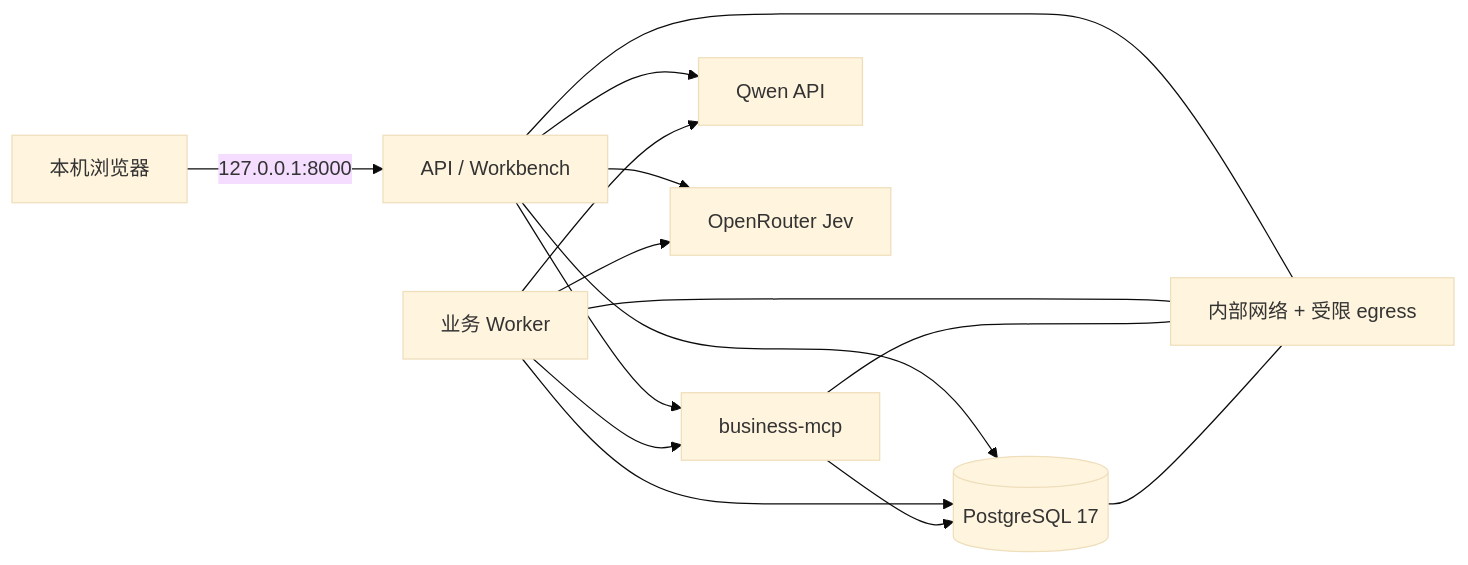
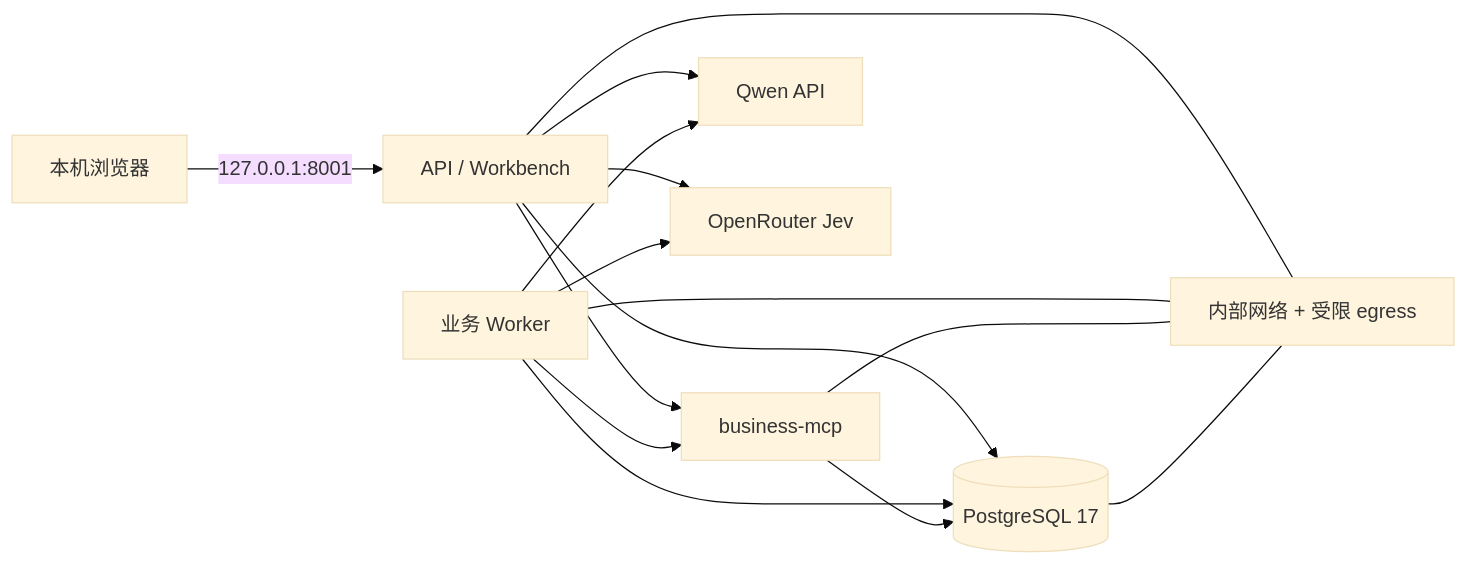
One commit to shuaibilx/DecAgent changed the diagram in docs/deployment/README.md. Above: the diagram before and after it, drawn with Mermaid (base theme). The commit also changed other lines of this file and 6 other files, not shown here.

````diff
--- a/docs/deployment/README.md
+++ b/docs/deployment/README.md
@@ -7,17 +7,17 @@
 ```mermaid
 flowchart LR
-    Browser[本机浏览器] -->|127.0.0.1:8000| API[API / Workbench]
+    Browser[本机浏览器] -->|127.0.0.1:8001| API[API / Workbench]
     API --> MCP[business-mcp]
     Worker[业务 Worker] --> MCP
     API --> PG[(PostgreSQL 17)]
     Worker --> PG
     MCP --> PG
     API --> Qwen[Qwen API]
     API --> Jev[OpenRouter Jev]
     Worker --> Qwen
     Worker --> Jev
     API --- Internal[内部网络 + 受限 egress]
     Worker --- Internal
     MCP --- Internal
     PG --- Internal
 ```
````
